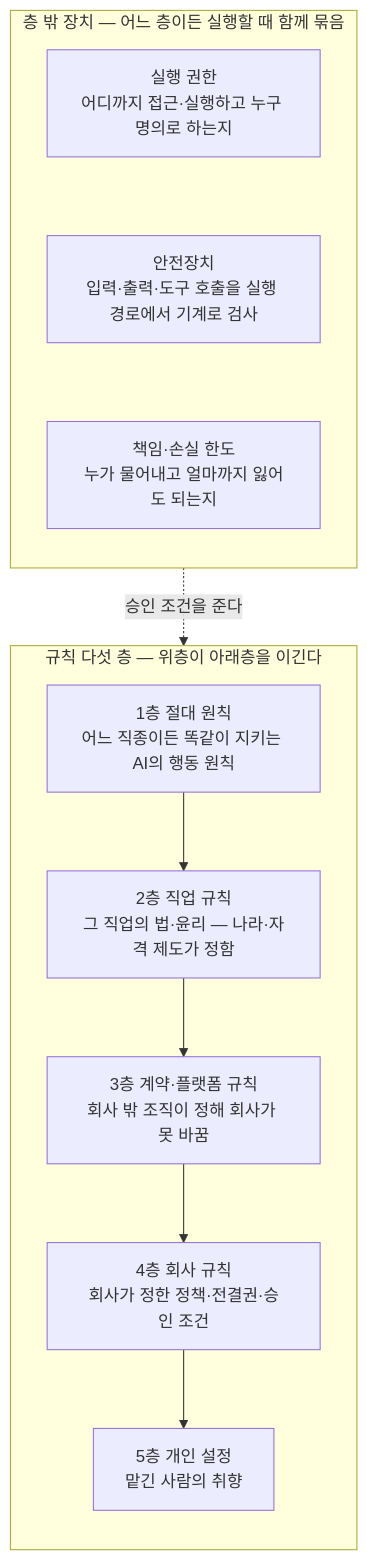
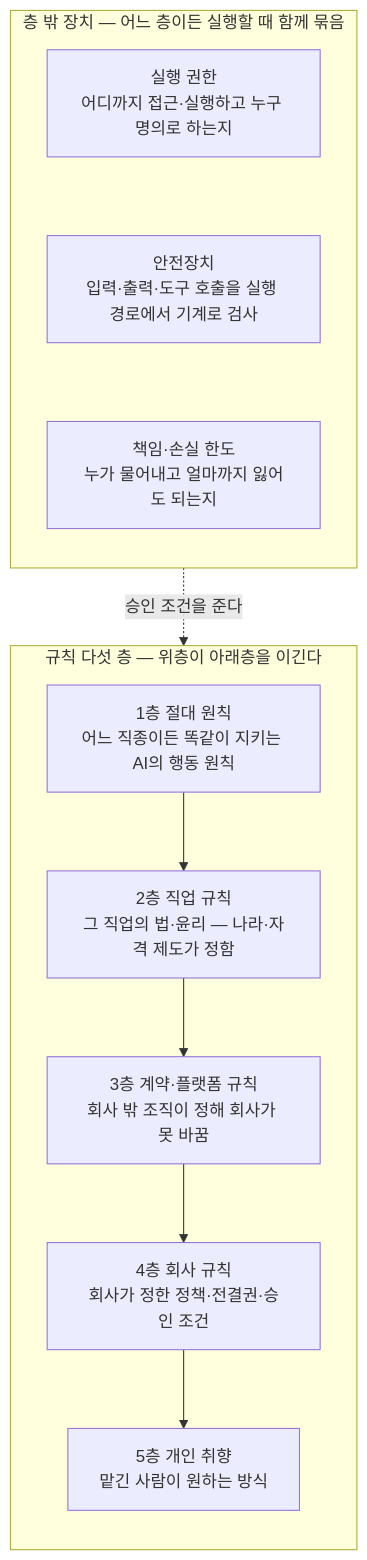
The diagram in 전문가 에이전트 정의.md (harisbaguette/expert), drawn with Mermaid before and after one commit. The commit also changed other lines of this file, not shown here.

````diff
--- a/전문가 에이전트 정의.md
+++ b/전문가 에이전트 정의.md
@@ -408,20 +408,20 @@
 ```mermaid
 flowchart TB
     subgraph LAYERS["규칙 다섯 층 — 위층이 아래층을 이긴다"]
         direction TB
         L1["1층 절대 원칙<br/>어느 직종이든 똑같이 지키는 AI의 행동 원칙"]
         L2["2층 직업 규칙<br/>그 직업의 법·윤리 — 나라·자격 제도가 정함"]
         L3["3층 계약·플랫폼 규칙<br/>회사 밖 조직이 정해 회사가 못 바꿈"]
         L4["4층 회사 규칙<br/>회사가 정한 정책·전결권·승인 조건"]
-        L5["5층 개인 설정<br/>맡긴 사람의 취향"]
+        L5["5층 개인 취향<br/>맡긴 사람이 원하는 방식"]
         L1 --> L2 --> L3 --> L4 --> L5
     end
     subgraph DEVICES["층 밖 장치 — 어느 층이든 실행할 때 함께 묶음"]
         direction TB
         P["실행 권한<br/>어디까지 접근·실행하고 누구 명의로 하는지"]
         G["안전장치<br/>입력·출력·도구 호출을 실행 경로에서 기계로 검사"]
         R["책임·손실 한도<br/>누가 물어내고 얼마까지 잃어도 되는지"]
         P ~~~ G ~~~ R
     end
     R -. 승인 조건을 준다 .-> L4
 ```
````
